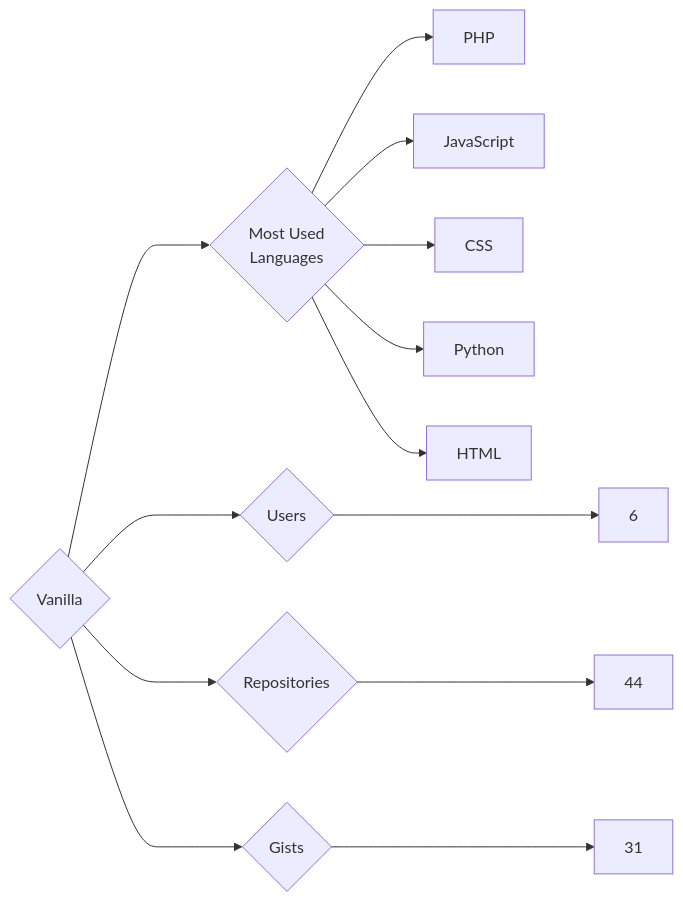
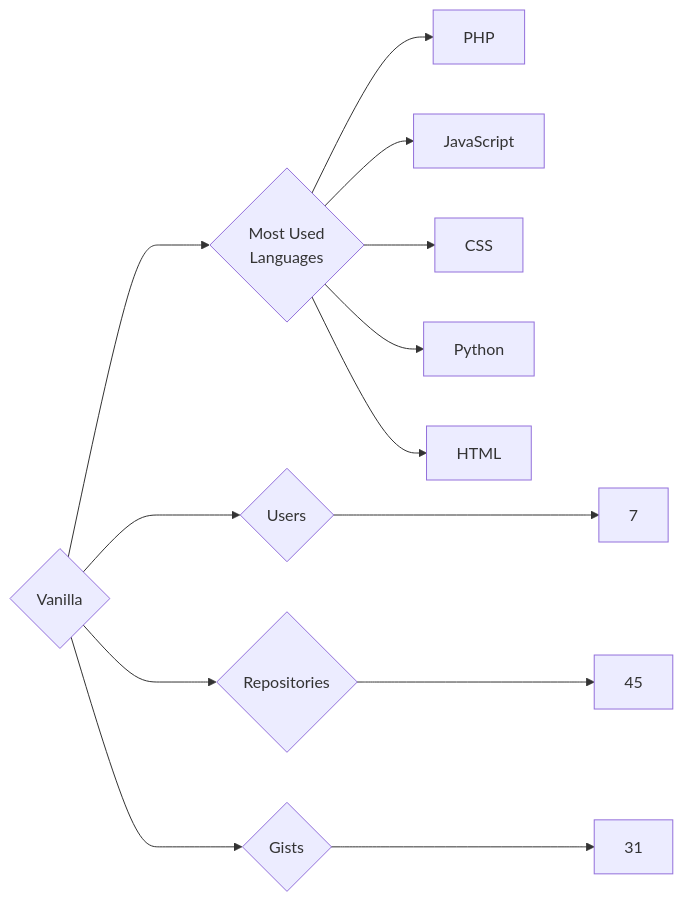
One commit to trickest/insiders changed the diagram in targets/Vanilla/README.md. Above: the diagram before and after it, drawn with Mermaid. The commit also changed 534 other files, not shown here.

````diff
--- a/targets/Vanilla/README.md
+++ b/targets/Vanilla/README.md
@@ -3,13 +3,13 @@
 ```mermaid
 graph LR
 COMPANY_NAME{Vanilla}
-COMPANY_NAME ---> U{Users} ---> UN[6]
-COMPANY_NAME ---> R{Repositories} ---> RN[44]
+COMPANY_NAME ---> U{Users} ---> UN[7]
+COMPANY_NAME ---> R{Repositories} ---> RN[45]
 COMPANY_NAME ---> G{Gists} ---> GN[31]
 COMPANY_NAME ---> ML{Most Used<br>Languages}
 ML --> PHP[PHP]
 ML --> JavaScript[JavaScript]
 ML --> CSS[CSS]
 ML --> Python[Python]
 ML --> HTML[HTML]
 ```
````
